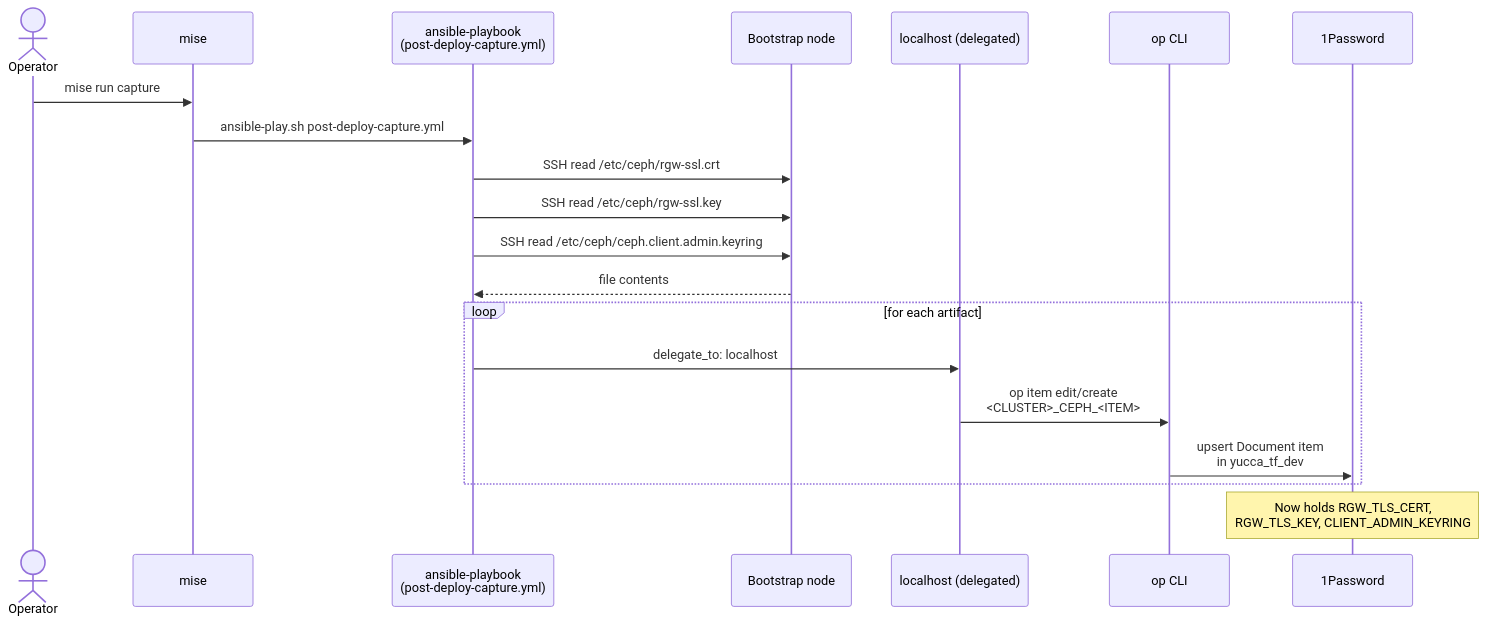
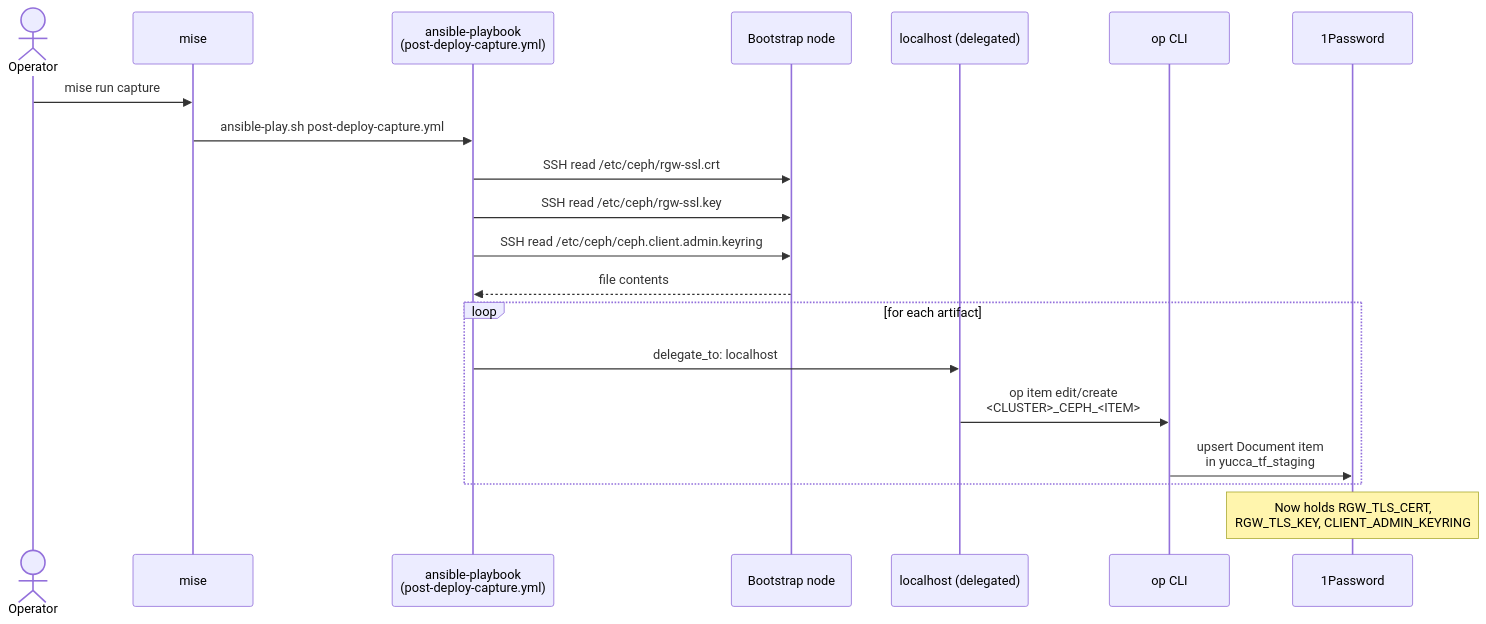
Before and after one commit to immich-app/yucca: the eighth of 11 diagrams in ansible/ceph/docs/architecture.md, drawn with Mermaid. The commit also changed other lines of this file and 16 other files, not shown here.

````diff
--- a/ansible/ceph/docs/architecture.md
+++ b/ansible/ceph/docs/architecture.md
@@ -589,23 +619,23 @@
 ```mermaid
 sequenceDiagram
     actor OP as Operator
     participant MISE as mise
     participant ANS as ansible-playbook<br/>(post-deploy-capture.yml)
     participant BOOT as Bootstrap node
     participant LOCAL as localhost (delegated)
     participant OPCLI as op CLI
     participant ONEP as 1Password
 
     OP->>MISE: mise run capture
     MISE->>ANS: ansible-play.sh post-deploy-capture.yml
     ANS->>BOOT: SSH read /etc/ceph/rgw-ssl.crt
     ANS->>BOOT: SSH read /etc/ceph/rgw-ssl.key
     ANS->>BOOT: SSH read /etc/ceph/ceph.client.admin.keyring
     BOOT-->>ANS: file contents
     loop for each artifact
         ANS->>LOCAL: delegate_to: localhost
         LOCAL->>OPCLI: op item edit/create<br/><CLUSTER>_CEPH_<ITEM>
-        OPCLI->>ONEP: upsert Document item<br/>in yucca_tf_dev
+        OPCLI->>ONEP: upsert Document item<br/>in yucca_tf_staging
     end
     Note over ONEP: Now holds RGW_TLS_CERT,<br/>RGW_TLS_KEY, CLIENT_ADMIN_KEYRING
 ```
````
